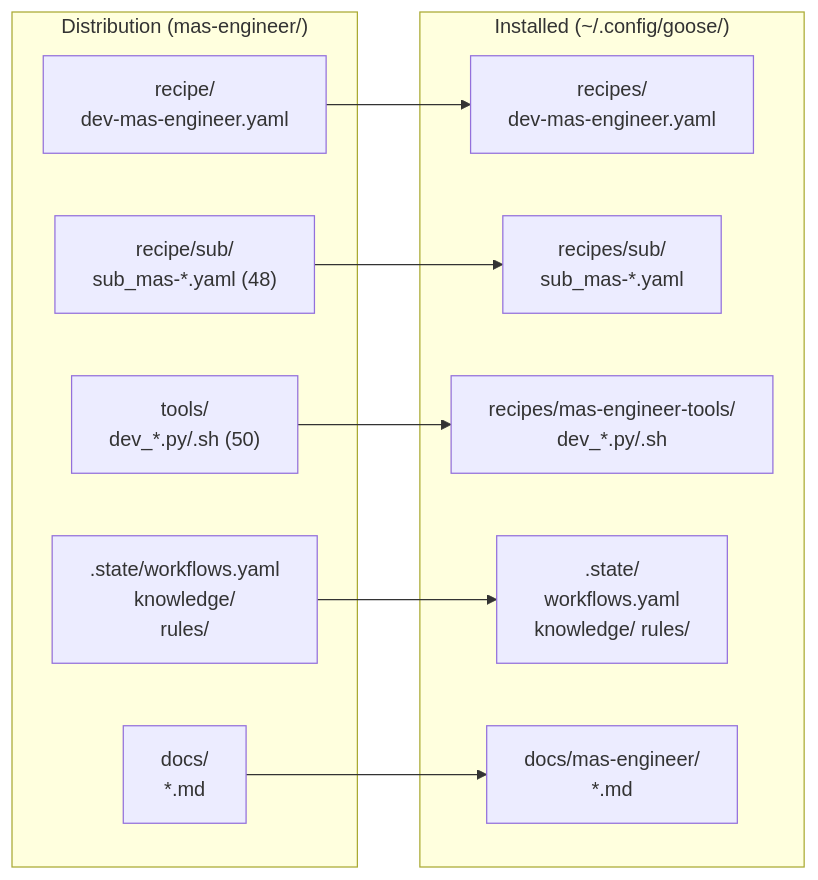
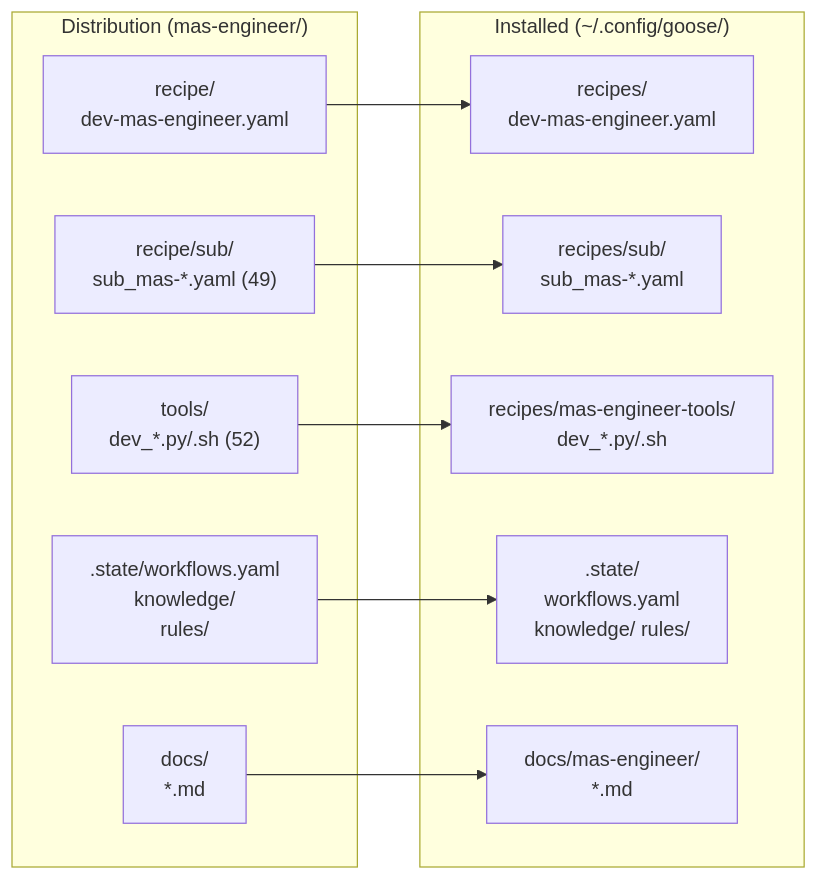
Before and after one commit to mczardybon/mas-engineer: the second of 2 diagrams in docs/installation.md, drawn with Mermaid. The commit also changed other lines of this file and 23 other files, not shown here.

````diff
--- a/docs/installation.md
+++ b/docs/installation.md
@@ -48,23 +48,23 @@
 ```mermaid
 flowchart LR
     subgraph SOURCE["Distribution (mas-engineer/)"]
         S1["recipe/\ndev-mas-engineer.yaml"]
-        S2["recipe/sub/\nsub_mas-*.yaml (48)"]
-        S3["tools/\ndev_*.py/.sh (50)"]
+        S2["recipe/sub/\nsub_mas-*.yaml (49)"]
+        S3["tools/\ndev_*.py/.sh (52)"]
         S4[".state/workflows.yaml\nknowledge/\n rules/"]
         S5["docs/\n*.md"]
     end
     subgraph DEST["Installed (~/.config/goose/)"]
         D1["recipes/\ndev-mas-engineer.yaml"]
         D2["recipes/sub/\nsub_mas-*.yaml"]
         D3["recipes/mas-engineer-tools/\ndev_*.py/.sh"]
         D4[".state/\nworkflows.yaml\nknowledge/ rules/"]
         D5["docs/mas-engineer/\n*.md"]
     end
 
     S1 --> D1
     S2 --> D2
     S3 --> D3
     S4 --> D4
     S5 --> D5
 ```
````
